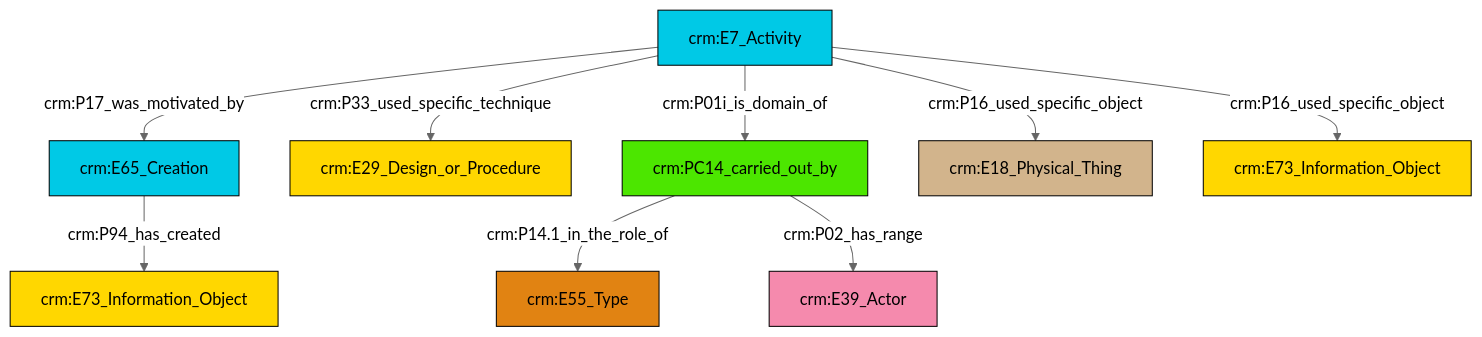
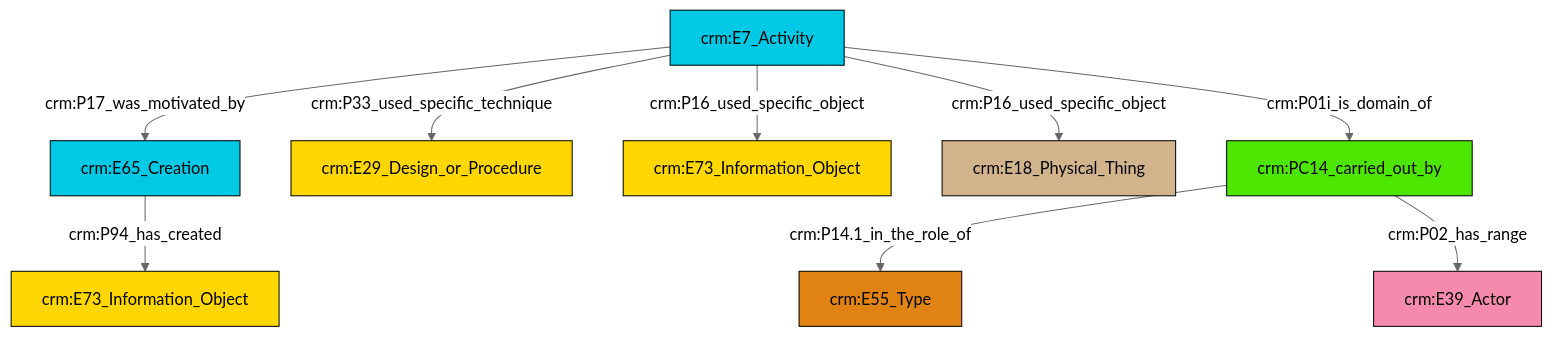
Before and after one commit to swiss-art-research-net/reference-data-models: the diagram in et/eventCSV/ttl/mmd/event_participation.ttl.mmd, drawn with Mermaid (neutral theme). The commit also changed 128 other files, not shown here.

```diff
--- a/et/eventCSV/ttl/mmd/event_participation.ttl.mmd
+++ b/et/eventCSV/ttl/mmd/event_participation.ttl.mmd
@@ -1,23 +1,23 @@
 graph TD
 classDef Literal fill:#f2f2f2,stroke:#000000;
 classDef CRM_Entity fill:#FFFFFF,stroke:#000000;
 classDef Temporal_Entity fill:#00C9E6, stroke:#000000;
 classDef Type fill:#E18312, stroke:#000000;
 classDef Time-Span fill:#2C9C91, stroke:#000000;
 classDef Appellation fill:#FFEB7F, stroke:#000000;
 classDef Place fill:#008836, stroke:#000000;
 classDef Persistent_Item fill:#B266B2, stroke:#000000;
 classDef Conceptual_Object fill:#FFD700, stroke:#000000;
 classDef Physical_Thing fill:#D2B48C, stroke:#000000;
 classDef Actor fill:#f58aad, stroke:#000000;
 classDef PC_Classes fill:#4ce600, stroke:#000000;
 classDef Multi fill:#cccccc,stroke:#000000;
 
-0["crm:PC14_carried_out_by"]:::PC_Classes -->|crm:P14.1_in_the_role_of| 2["crm:E55_Type"]:::Type
-3["crm:E7_Activity"]:::Temporal_Entity -->|crm:P33_used_specific_technique| 4["crm:E29_Design_or_Procedure"]:::Conceptual_Object
-3["crm:E7_Activity"]:::Temporal_Entity -->|crm:P17_was_motivated_by| 5["crm:E65_Creation"]:::Temporal_Entity
-3["crm:E7_Activity"]:::Temporal_Entity -->|crm:P16_used_specific_object| 6["crm:E18_Physical_Thing"]:::Physical_Thing
-3["crm:E7_Activity"]:::Temporal_Entity -->|crm:P01i_is_domain_of| 0["crm:PC14_carried_out_by"]:::PC_Classes
-5["crm:E65_Creation"]:::Temporal_Entity -->|crm:P94_has_created| 15["crm:E73_Information_Object"]:::Conceptual_Object
-3["crm:E7_Activity"]:::Temporal_Entity -->|crm:P16_used_specific_object| 12["crm:E73_Information_Object"]:::Conceptual_Object
-0["crm:PC14_carried_out_by"]:::PC_Classes -->|crm:P02_has_range| 8["crm:E39_Actor"]:::Actor
+0["crm:E7_Activity"]:::Temporal_Entity -->|crm:P17_was_motivated_by| 2["crm:E65_Creation"]:::Temporal_Entity
+0["crm:E7_Activity"]:::Temporal_Entity -->|crm:P33_used_specific_technique| 3["crm:E29_Design_or_Procedure"]:::Conceptual_Object
+0["crm:E7_Activity"]:::Temporal_Entity -->|crm:P16_used_specific_object| 5["crm:E73_Information_Object"]:::Conceptual_Object
+2["crm:E65_Creation"]:::Temporal_Entity -->|crm:P94_has_created| 8["crm:E73_Information_Object"]:::Conceptual_Object
+9["crm:PC14_carried_out_by"]:::PC_Classes -->|crm:P14.1_in_the_role_of| 10["crm:E55_Type"]:::Type
+0["crm:E7_Activity"]:::Temporal_Entity -->|crm:P01i_is_domain_of| 9["crm:PC14_carried_out_by"]:::PC_Classes
+0["crm:E7_Activity"]:::Temporal_Entity -->|crm:P16_used_specific_object| 6["crm:E18_Physical_Thing"]:::Physical_Thing
+9["crm:PC14_carried_out_by"]:::PC_Classes -->|crm:P02_has_range| 11["crm:E39_Actor"]:::Actor
```
